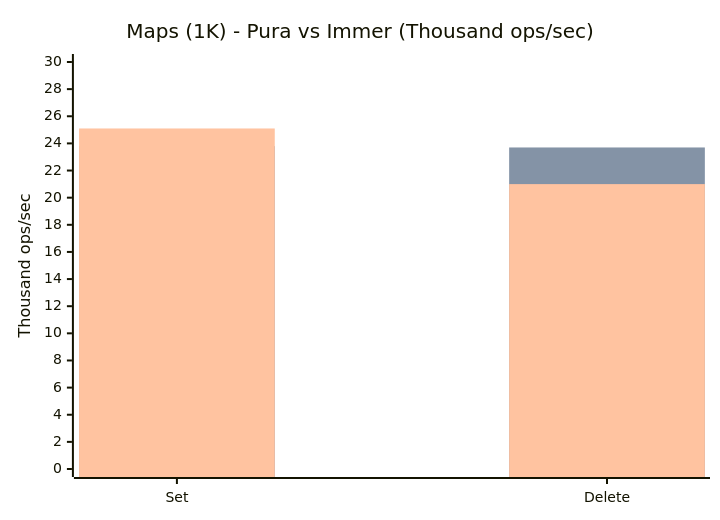
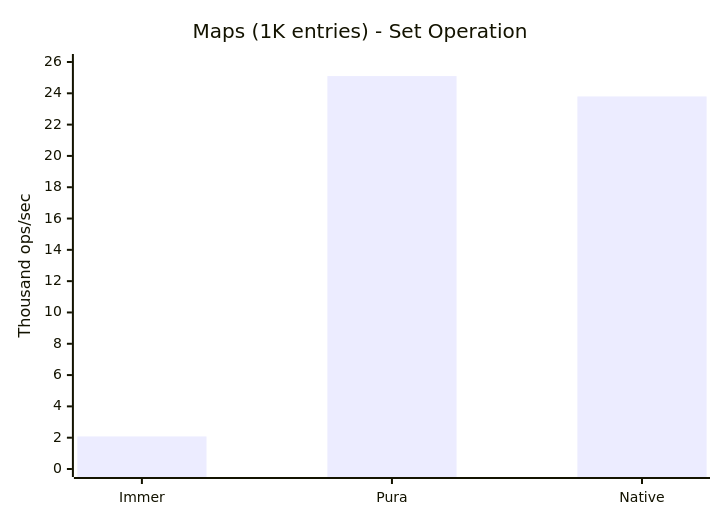
Before and after one commit to SylphxAI/pura: the fourth of 5 diagrams in README.md, drawn with Mermaid. The commit also changed other lines of this file, not shown here.

First line of the commit message:
docs(readme): fix chart rendering and clarity

````diff
--- a/README.md
+++ b/README.md
@@ -273,15 +284,13 @@
 ```mermaid
 ---
 config:
   themeVariables:
     xyChart:
       backgroundColor: "transparent"
 ---
 xychart-beta
-    title "Maps (1K) - Pura vs Immer (Thousand ops/sec)"
-    x-axis ["Set", "Delete"]
-    y-axis "Thousand ops/sec" 0 --> 30
-    bar "Immer" [2.08, 1.75]
-    bar "Native Copy" [23.8, 23.7]
-    bar "Pura" [25.1, 21.0]
+    title "Maps (1K entries) - Set Operation"
+    x-axis ["Immer", "Pura", "Native"]
+    y-axis "Thousand ops/sec" 0 --> 26
+    bar [2.08, 25.1, 23.8]
 ```
````
